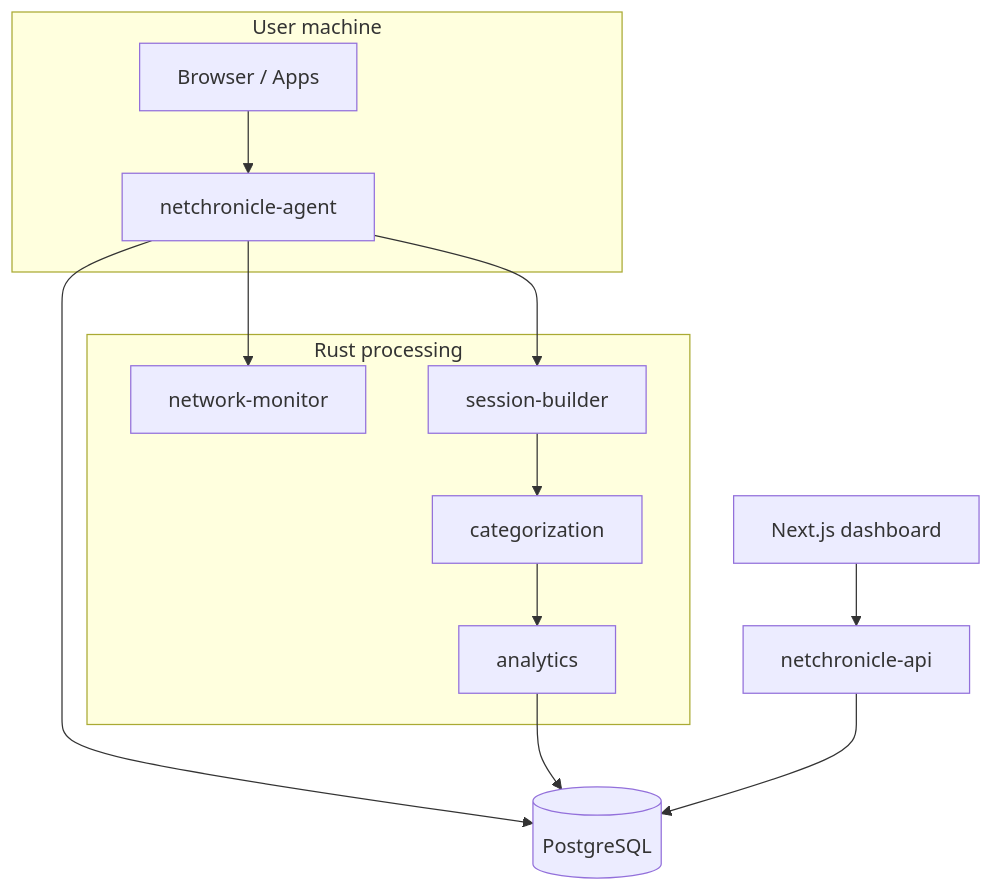
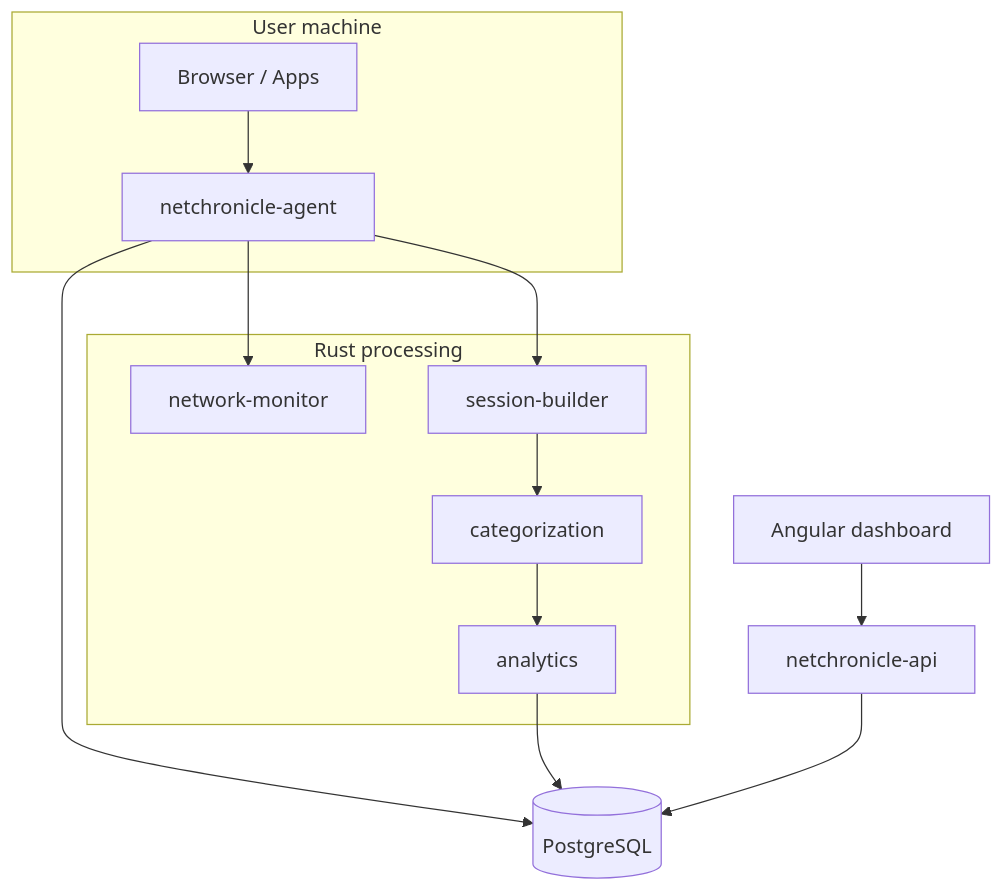
One commit to fayzan101/NetChronicle changed the diagram in docs/architecture.md. Above: the diagram before and after it, drawn with Mermaid. The commit also changed other lines of this file and 42 other files, not shown here.

First line of the commit message:
Implement Angular dashboard for NetChronicle

````diff
--- a/docs/architecture.md
+++ b/docs/architecture.md
@@ -5,28 +5,28 @@
 ```mermaid
 flowchart TB
     subgraph client [User machine]
         Browser[Browser / Apps]
         Agent[netchronicle-agent]
     end
 
     subgraph processing [Rust processing]
         NM[network-monitor]
         SB[session-builder]
         CAT[categorization]
         AN[analytics]
     end
 
     DB[(PostgreSQL)]
     API[netchronicle-api]
-    UI[Next.js dashboard]
+    UI[Angular dashboard]
 
     Browser --> Agent
     Agent --> NM
     Agent --> SB
     SB --> CAT
     CAT --> AN
     Agent --> DB
     AN --> DB
     API --> DB
     UI --> API
 ```
````
